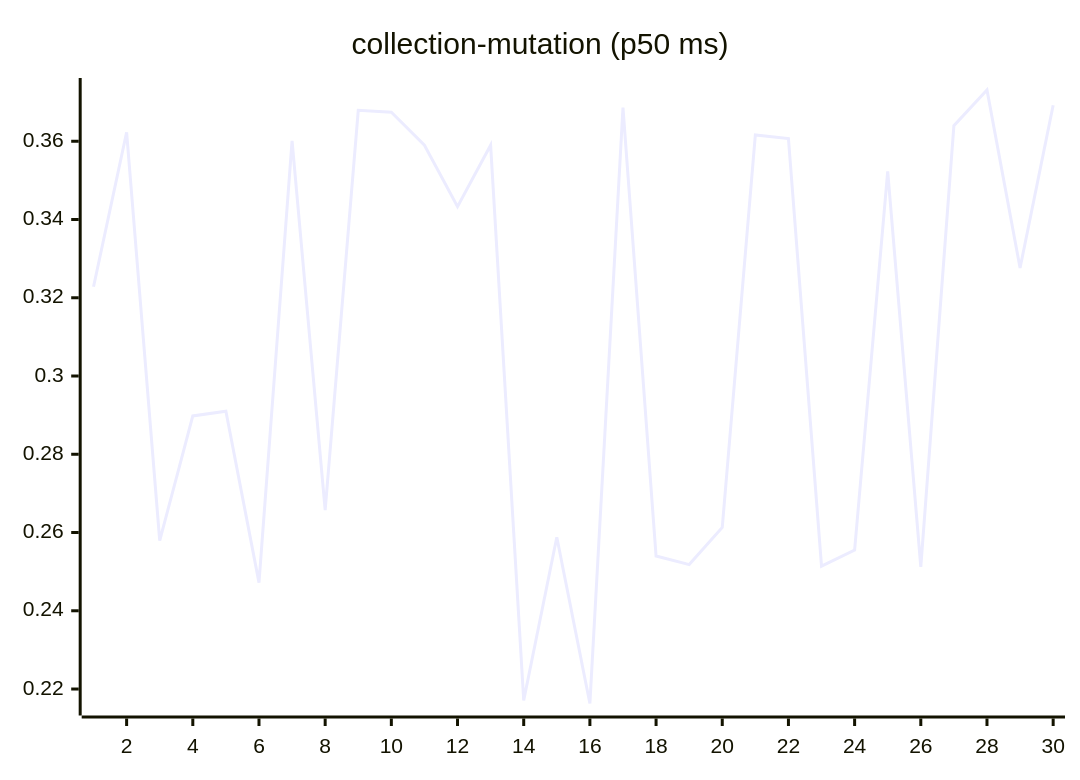
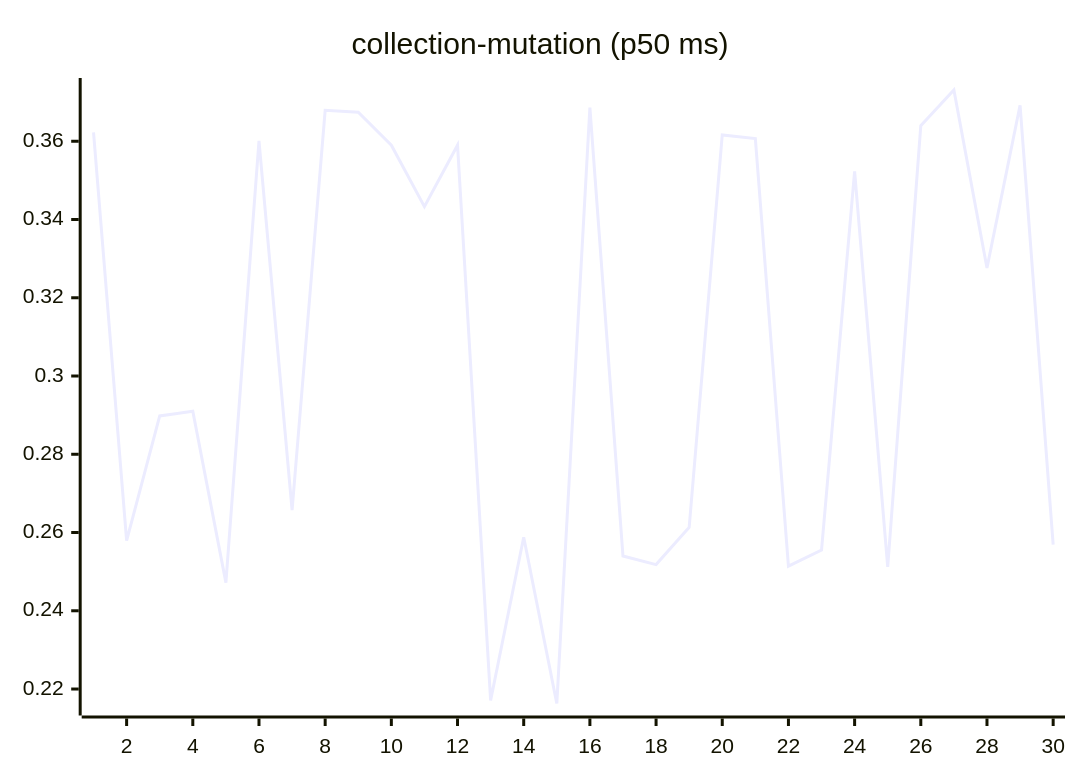
The sixth of 27 diagrams in README.md (josha/Facet), drawn with Mermaid before and after one commit. The commit also changed other lines of this file and 2 other files, not shown here.

````diff
--- a/README.md
+++ b/README.md
@@ -98,6 +98,6 @@
 ```mermaid
 xychart-beta
     title "collection-mutation (p50 ms)"
     x-axis 1 --> 30
-    line [0.3228, 0.3623, 0.2579, 0.2898, 0.2910, 0.2472, 0.3601, 0.2657, 0.3679, 0.3674, 0.3590, 0.3433, 0.3590, 0.2171, 0.2588, 0.2163, 0.3686, 0.2540, 0.2518, 0.2613, 0.3616, 0.3607, 0.2514, 0.2555, 0.3523, 0.2512, 0.3640, 0.3731, 0.3276, 0.3692]
+    line [0.3623, 0.2579, 0.2898, 0.2910, 0.2472, 0.3601, 0.2657, 0.3679, 0.3674, 0.3590, 0.3433, 0.3590, 0.2171, 0.2588, 0.2163, 0.3686, 0.2540, 0.2518, 0.2613, 0.3616, 0.3607, 0.2514, 0.2555, 0.3523, 0.2512, 0.3640, 0.3731, 0.3276, 0.3692, 0.2569]
 ```
````
